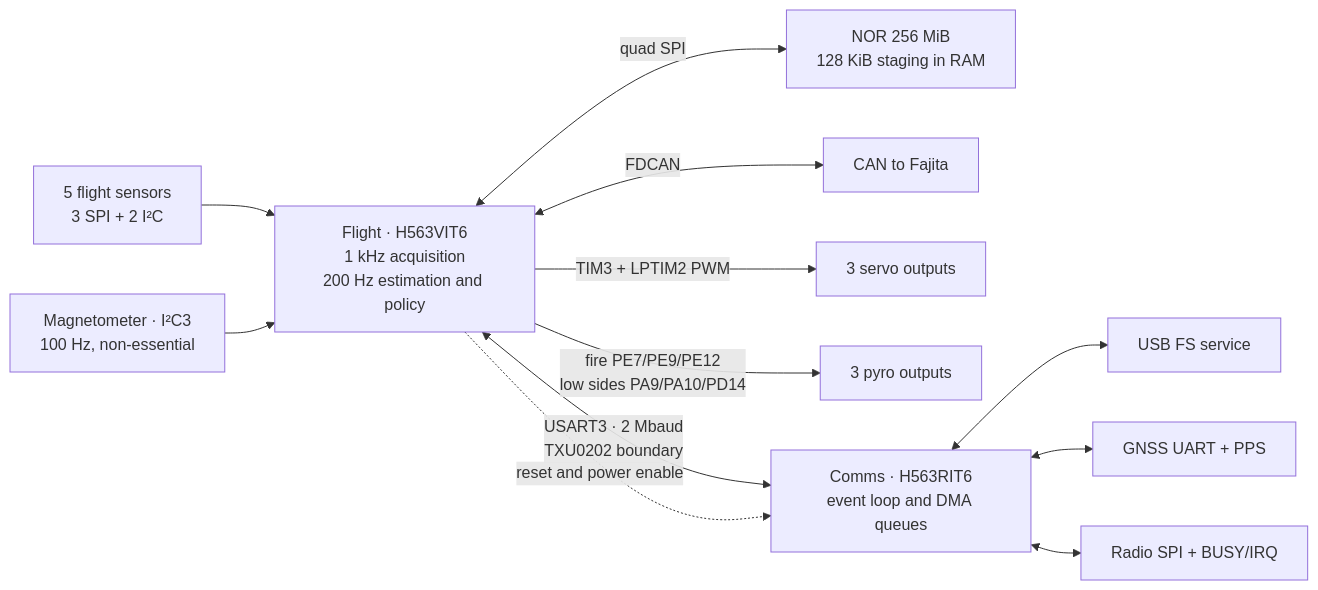
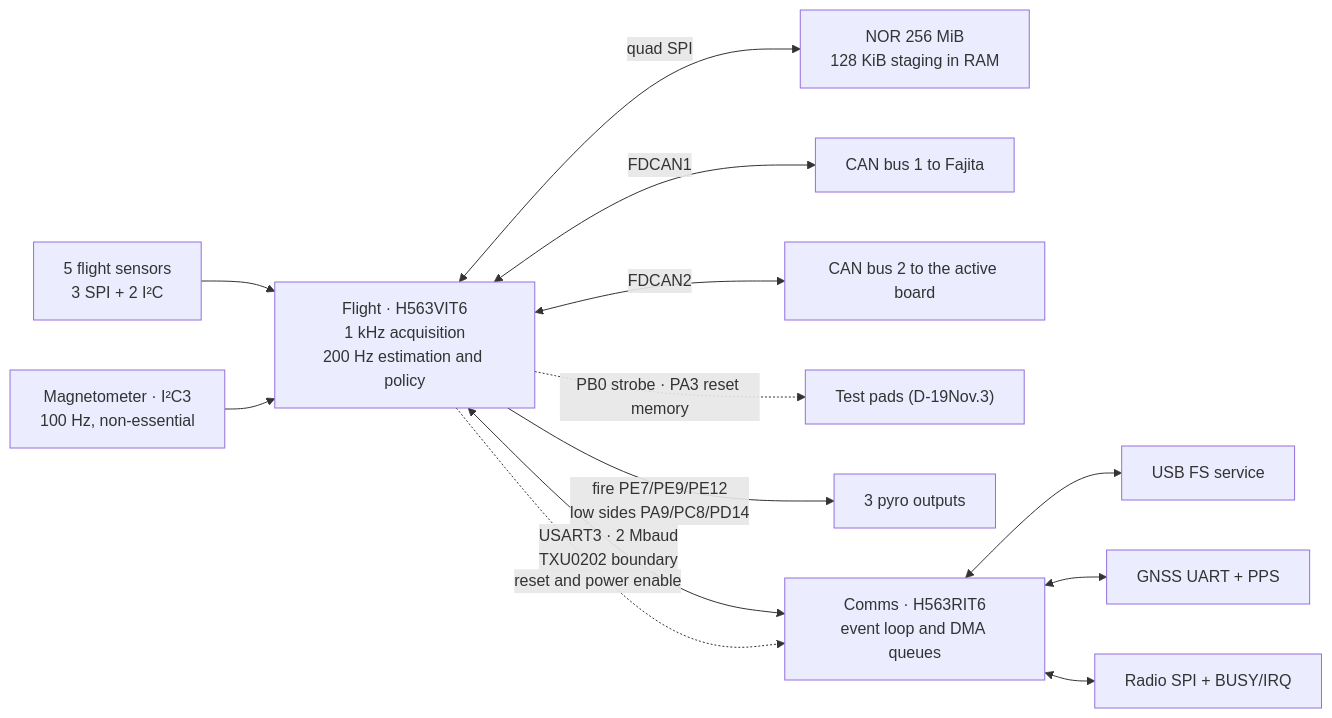
Before and after one commit to ULAS-HiPR/Ogma2: the diagram in docs/architecture/01-mcus.md, drawn with Mermaid. The commit also changed other lines of this file and 21 other files, not shown here.

First line of the commit message:
Record the 18-19 Nov architecture sign-off and its decisions

````diff
--- a/docs/architecture/01-mcus.md
+++ b/docs/architecture/01-mcus.md
@@ -11,22 +11,23 @@
 ```mermaid
 flowchart LR
   S["5 flight sensors
 3 SPI + 2 I²C"] --> F["Flight · H563VIT6
 1 kHz acquisition
 200 Hz estimation and policy"]
   M["Magnetometer · I²C3
 100 Hz, non-essential"] --> F
   F <-->|"quad SPI"| N["NOR 256 MiB
 128 KiB staging in RAM"]
-  F <-->|"FDCAN"| V["CAN to Fajita"]
-  F -->|"TIM3 + LPTIM2 PWM"| P["3 servo outputs"]
+  F <-->|"FDCAN1"| V["CAN bus 1 to Fajita"]
+  F <-->|"FDCAN2"| V2["CAN bus 2 to the active board"]
+  F -.->|"PB0 strobe · PA3 reset memory"| P["Test pads (D-19Nov.3)"]
   F -->|"fire PE7/PE9/PE12
-low sides PA9/PA10/PD14"| O["3 pyro outputs"]
+low sides PA9/PC8/PD14"| O["3 pyro outputs"]
   F <-->|"USART3 · 2 Mbaud
 TXU0202 boundary"| C["Comms · H563RIT6
 event loop and DMA queues"]
   C <--> U["USB FS service"]
   C <--> G["GNSS UART + PPS"]
   C <--> R["Radio SPI + BUSY/IRQ"]
   F -.->|"reset and power enable"| C
 ```
````
